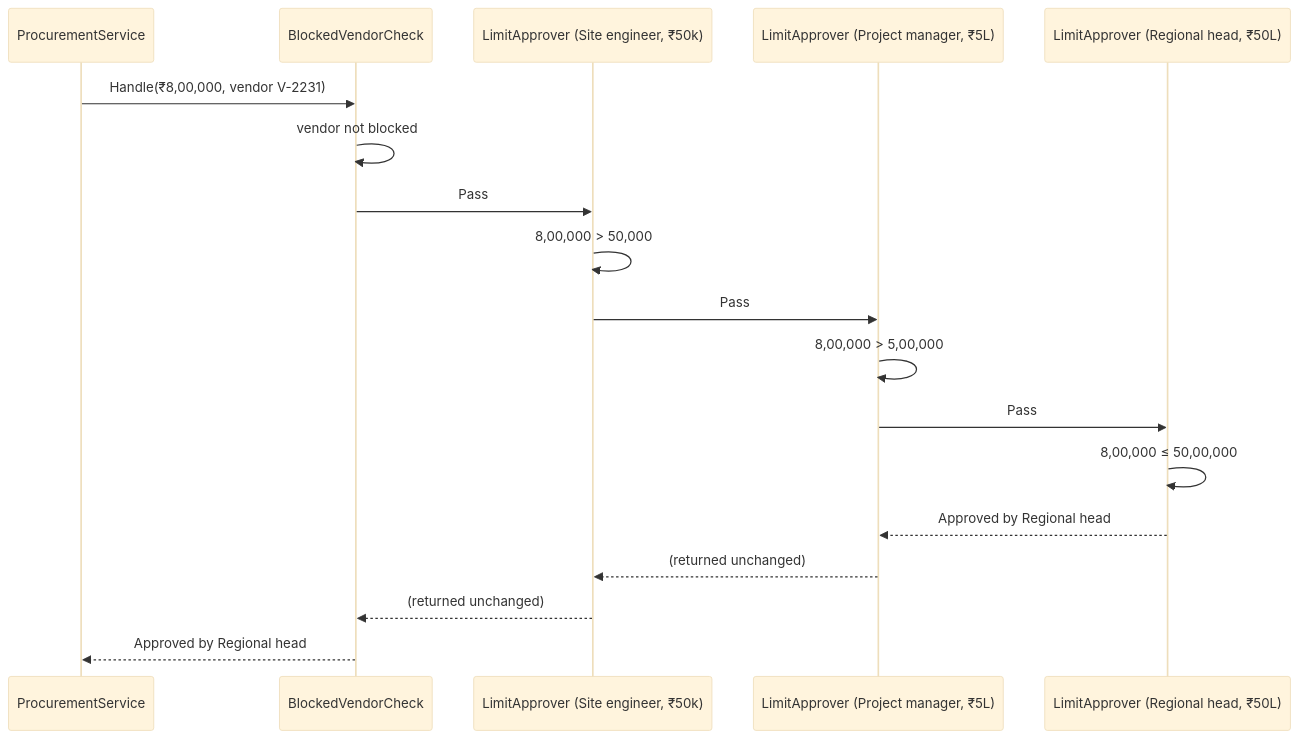
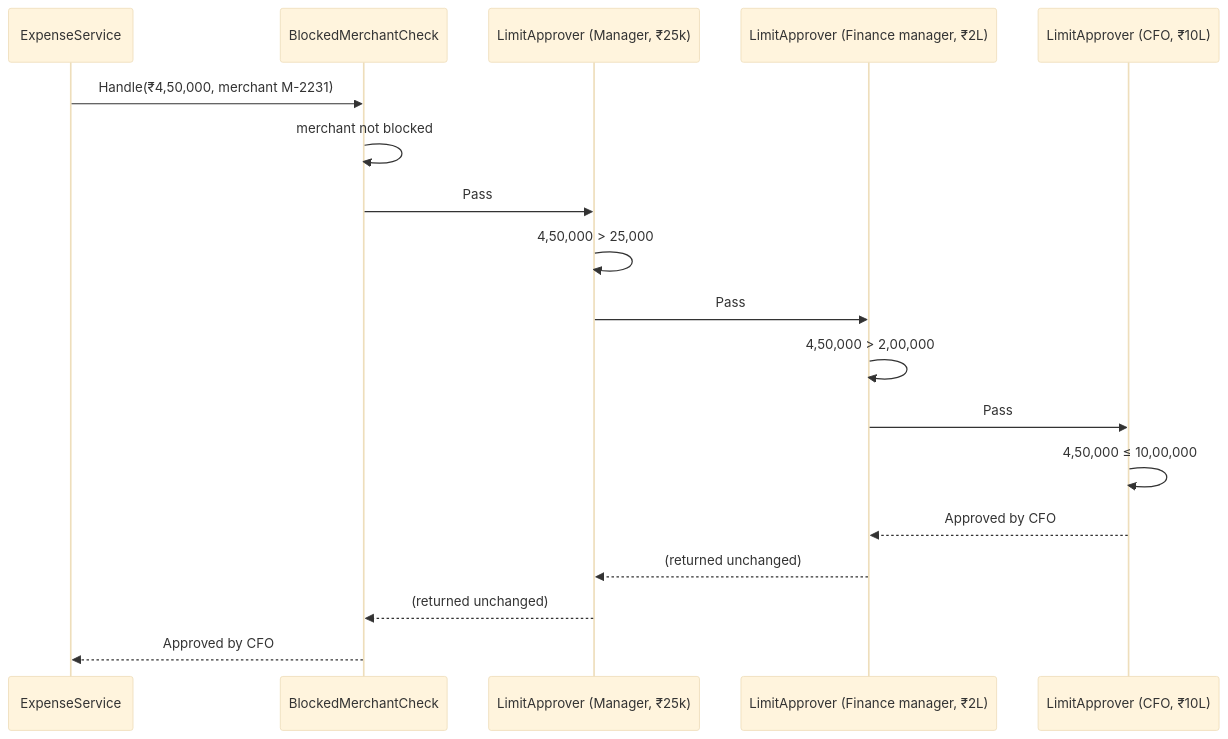
The second of 3 diagrams in content/lessons/m06/m06-chain-of-responsibility.md (rizwi0786/system-design-lab), drawn with Mermaid (base theme) before and after one commit. The commit also changed other lines of this file and 334 other files, not shown here.

````diff
--- a/content/lessons/m06/m06-chain-of-responsibility.md
+++ b/content/lessons/m06/m06-chain-of-responsibility.md
@@ -180,20 +182,20 @@
 ```mermaid
 sequenceDiagram
-    participant S as ProcurementService
-    participant V as BlockedVendorCheck
-    participant E as LimitApprover (Site engineer, ₹50k)
-    participant P as LimitApprover (Project manager, ₹5L)
-    participant R as LimitApprover (Regional head, ₹50L)
-    S->>V: Handle(₹8,00,000, vendor V-2231)
-    V->>V: vendor not blocked
+    participant S as ExpenseService
+    participant V as BlockedMerchantCheck
+    participant E as LimitApprover (Manager, ₹25k)
+    participant P as LimitApprover (Finance manager, ₹2L)
+    participant R as LimitApprover (CFO, ₹10L)
+    S->>V: Handle(₹4,50,000, merchant M-2231)
+    V->>V: merchant not blocked
     V->>E: Pass
-    E->>E: 8,00,000 > 50,000
+    E->>E: 4,50,000 > 25,000
     E->>P: Pass
-    P->>P: 8,00,000 > 5,00,000
+    P->>P: 4,50,000 > 2,00,000
     P->>R: Pass
-    R->>R: 8,00,000 ≤ 50,00,000
-    R-->>P: Approved by Regional head
+    R->>R: 4,50,000 ≤ 10,00,000
+    R-->>P: Approved by CFO
     P-->>E: (returned unchanged)
     E-->>V: (returned unchanged)
-    V-->>S: Approved by Regional head
+    V-->>S: Approved by CFO
 ```
````
